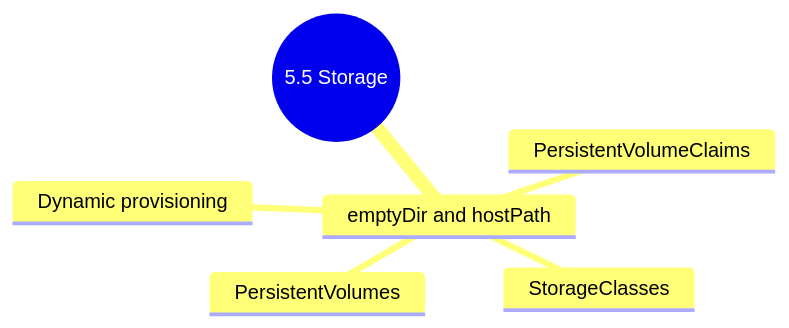
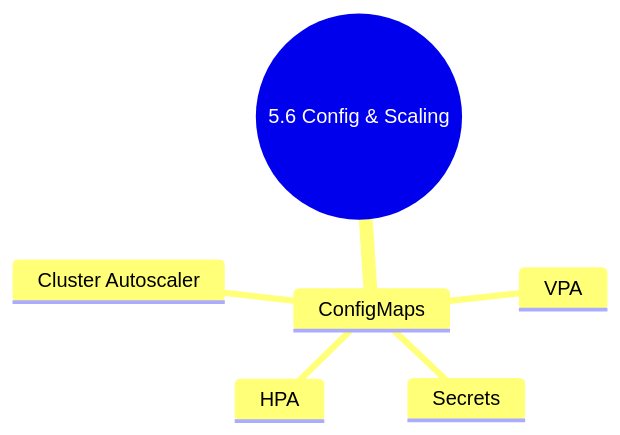
One commit to VidhyadharanSS/PlatformEngineeringNotes changed the diagram in 5-Kubernetes/Subchapter_5.5/5.5.3_Subchapter_Review.md. Above: the diagram before and after it, drawn with Mermaid. The commit also changed other lines of this file and 120 other files, not shown here.

````diff
--- a/5-Kubernetes/Subchapter_5.5/5.5.3_Subchapter_Review.md
+++ b/5-Kubernetes/Subchapter_5.5/5.5.3_Subchapter_Review.md
@@ -177,9 +238,9 @@
 ```mermaid
 mindmap
-  root((5.5 Storage))
-    emptyDir and hostPath
-      PersistentVolumes
-      PersistentVolumeClaims
-      StorageClasses
-      Dynamic provisioning
+  root((5.6 Config & Scaling))
+    ConfigMaps
+      Secrets
+      HPA
+      VPA
+      Cluster Autoscaler
 ```
````
